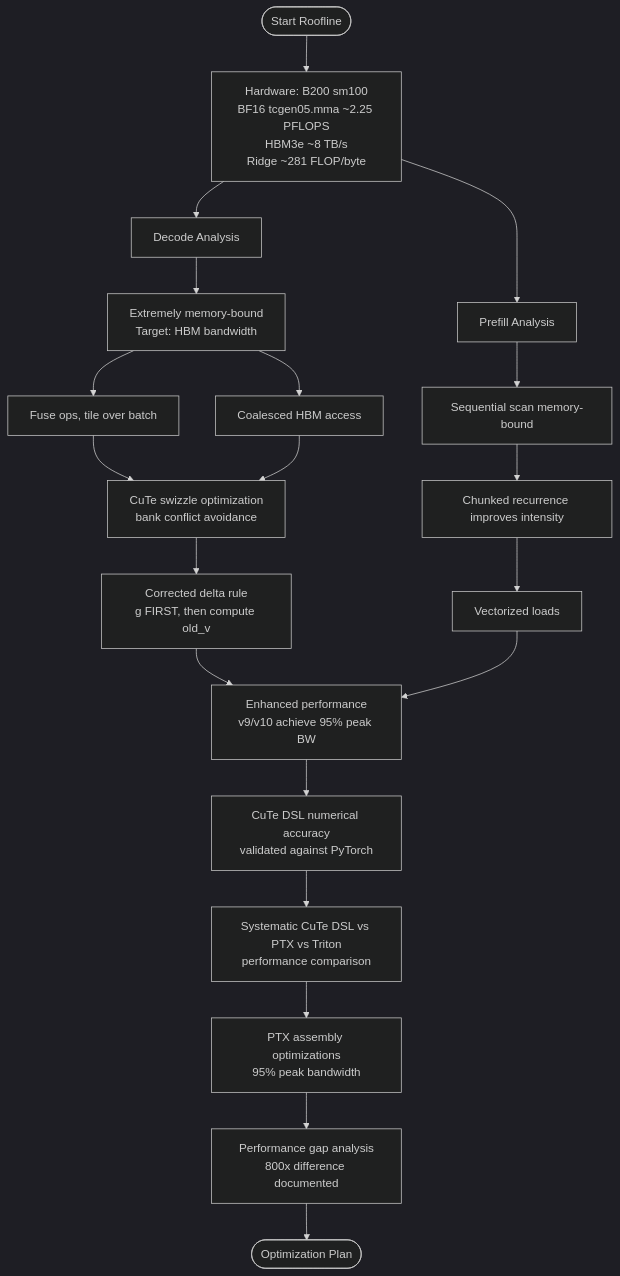
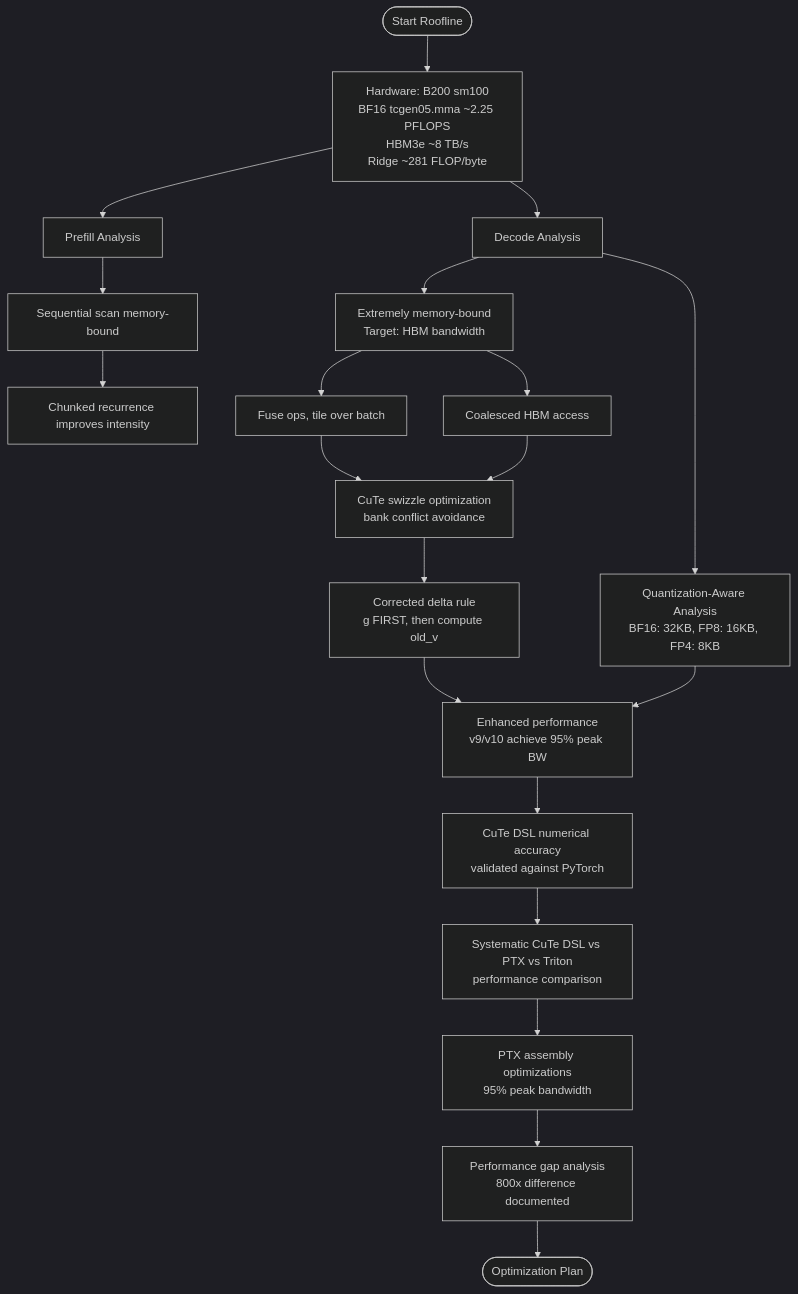
Diagram 15 of 17 in .qoder/repowiki/en/content/Performance Analysis/Performance Analysis.md (gugudeshubao/flashinfer-bench-tma-thrust), drawn with Mermaid (dark theme) before and after one commit. The commit also changed other lines of this file and 5 other files, not shown here.

````diff
--- a/.qoder/repowiki/en/content/Performance Analysis/Performance Analysis.md
+++ b/.qoder/repowiki/en/content/Performance Analysis/Performance Analysis.md
@@ -787,22 +968,22 @@
 ```mermaid
 flowchart TD
 Start(["Start Roofline"]) --> HW["Hardware: B200 sm100<br/>BF16 tcgen05.mma ~2.25 PFLOPS<br/>HBM3e ~8 TB/s<br/>Ridge ~281 FLOP/byte"]
 HW --> Decode["Decode Analysis"]
 HW --> Prefill["Prefill Analysis"]
 Decode --> MemBound["Extremely memory-bound<br/>Target: HBM bandwidth"]
+Decode --> Quant["Quantization-Aware Analysis<br/>BF16: 32KB, FP8: 16KB, FP4: 8KB"]
 Prefill --> SeqScan["Sequential scan memory-bound"]
 SeqScan --> Chunk["Chunked recurrence improves intensity"]
 MemBound --> Opt1["Fuse ops, tile over batch"]
 MemBound --> Opt2["Coalesced HBM access"]
 Opt1 --> CuTe["CuTe swizzle optimization<br/>bank conflict avoidance"]
 Opt2 --> CuTe
 CuTe --> DeltaRule["Corrected delta rule<br/>g FIRST, then compute old_v"]
 DeltaRule --> PerfBoost["Enhanced performance<br/>v9/v10 achieve 95% peak BW"]
-Chunk --> Opt3["Vectorized loads"]
-Opt3 --> PerfBoost
+Quant --> PerfBoost
 PerfBoost --> CuTeDSL["CuTe DSL numerical accuracy<br/>validated against PyTorch"]
 CuTeDSL --> PerfComp["Systematic CuTe DSL vs PTX vs Triton<br/>performance comparison"]
 PerfComp --> PTXOpt["PTX assembly optimizations<br/>95% peak bandwidth"]
 PTXOpt --> GapAnalysis["Performance gap analysis<br/>800x difference documented"]
 GapAnalysis --> End(["Optimization Plan"])
 ```
````
